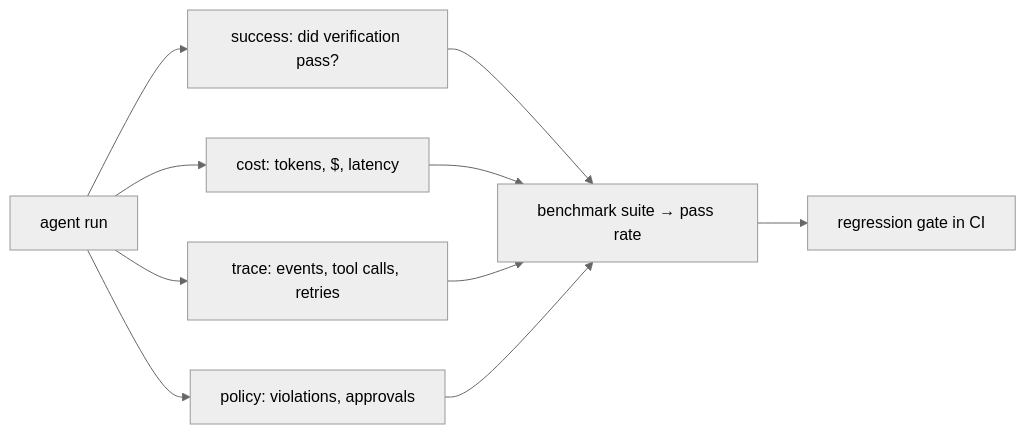
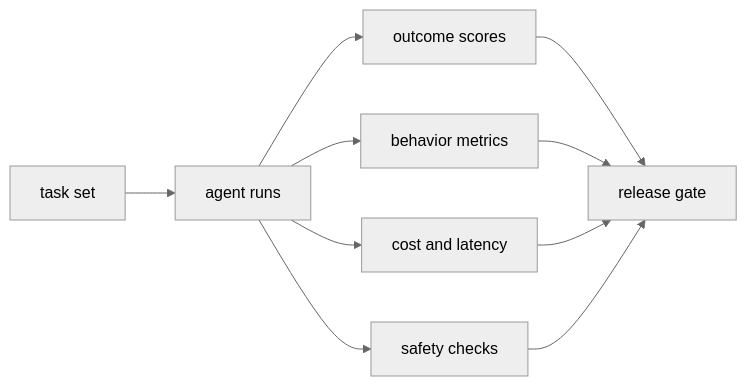
One commit to balureddy003/Naro changed the diagram in docs/learn/10-evaluation.md. Above: the diagram before and after it, drawn with Mermaid (neutral theme). The commit also changed other lines of this file and 52 other files, not shown here.

````diff
--- a/docs/learn/10-evaluation.md
+++ b/docs/learn/10-evaluation.md
@@ -16,12 +12,12 @@
 ```mermaid
 flowchart LR
-    RUN["agent run"] --> S["success: did verification pass?"]
-    RUN --> C["cost: tokens, $, latency"]
-    RUN --> T["trace: events, tool calls, retries"]
-    RUN --> P["policy: violations, approvals"]
-    S --> B["benchmark suite → pass rate"]
-    C --> B
-    T --> B
-    P --> B
-    B --> R["regression gate in CI"]
+    T["task set"] --> R["agent runs"]
+    R --> O["outcome scores"]
+    R --> B["behavior metrics"]
+    R --> C["cost and latency"]
+    R --> S["safety checks"]
+    O --> G["release gate"]
+    B --> G
+    C --> G
+    S --> G
 ```
````
